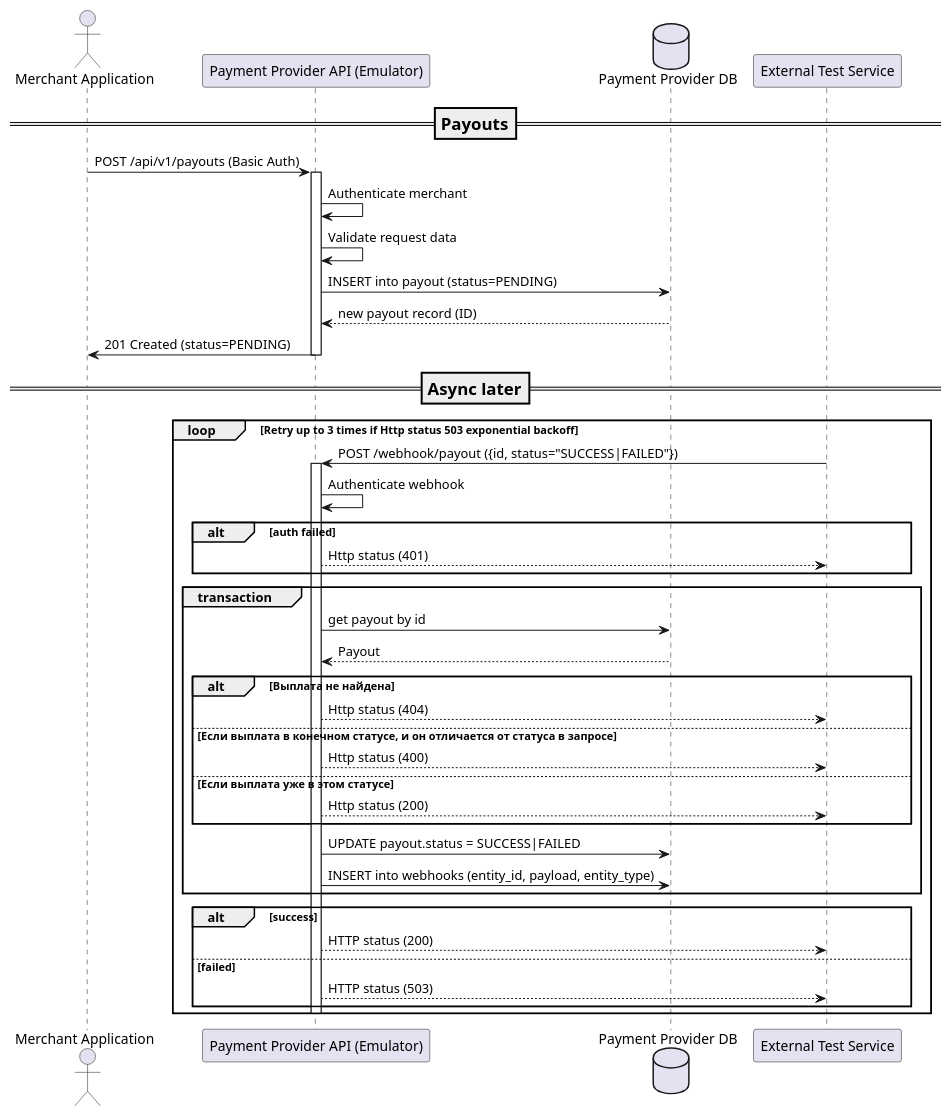
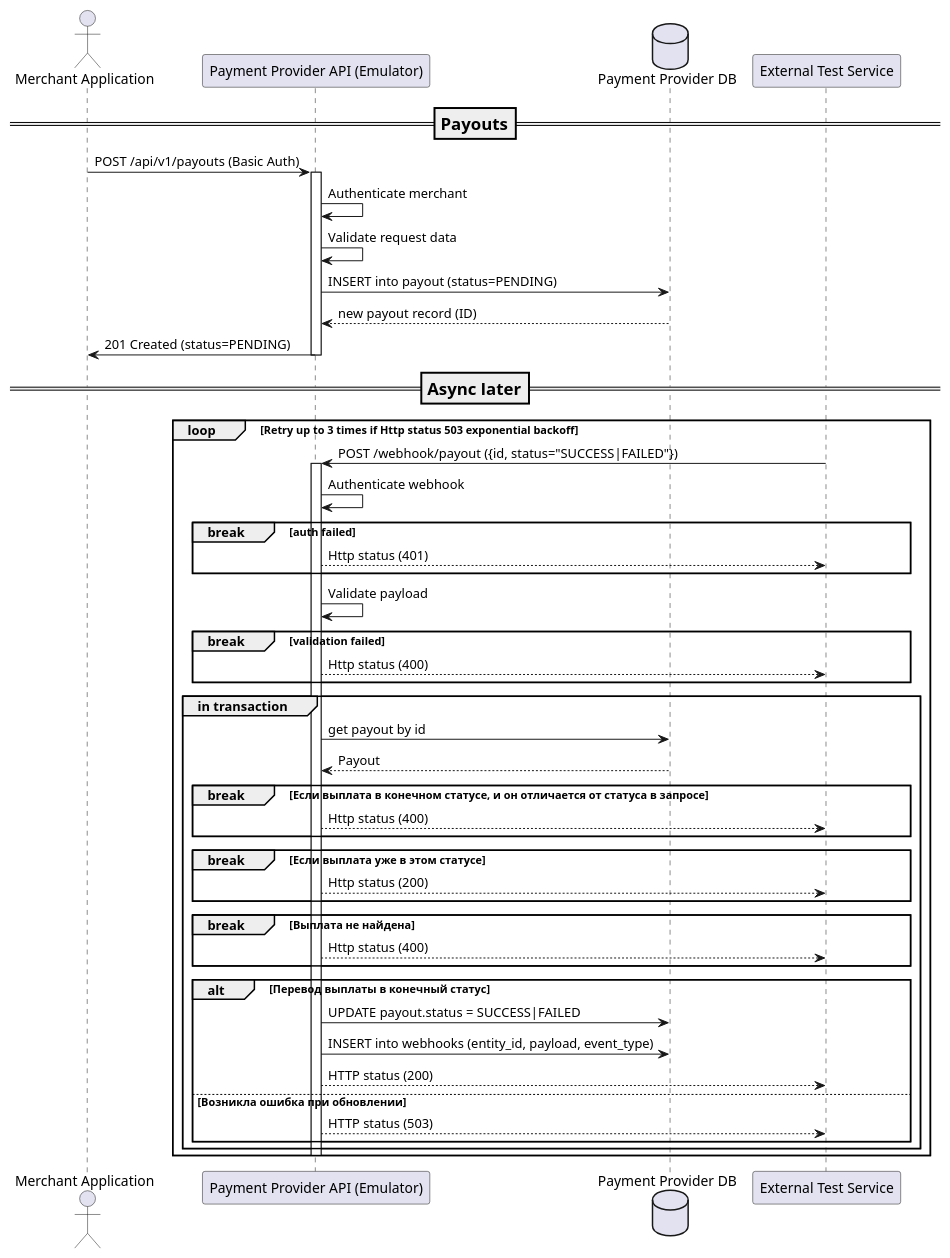
One commit to diamam90/payment-system changed the diagram in diagram/emulator-payouts.puml. Above: the diagram before and after it, drawn with PlantUML. The commit also changed 5 other files, not shown here.

Commit message:
Исправление замечаний по диаграммам

```diff
--- a/diagram/emulator-payouts.puml
+++ b/diagram/emulator-payouts.puml
@@ -1,47 +1,56 @@
 @startuml
 actor MerchantApp as "Merchant Application"
 participant API as "Payment Provider API (Emulator)"
 database DB as "Payment Provider DB"
 participant ExtNet as "External Test Service"
 === Payouts ==
 MerchantApp -> API: POST /api/v1/payouts (Basic Auth)
 activate API
   API -> API: Authenticate merchant
   API -> API: Validate request data
   API -> DB: INSERT into payout (status=PENDING)
   API <-- DB: new payout record (ID)
   API -> MerchantApp: 201 Created (status=PENDING)
 deactivate API
 
 === Async later ==
 
 loop Retry up to 3 times if Http status 503 exponential backoff
 ExtNet -> API: POST /webhook/payout ({id, status="SUCCESS|FAILED"})
 
 activate API
 
 API -> API: Authenticate webhook
-alt auth failed
+break auth failed
     API --> ExtNet: Http status (401)
 end
-group transaction
+    API -> API: Validate payload
+break validation failed
+    API --> ExtNet: Http status (400)
+end
+group in transaction
     API -> DB: get payout by id
     DB --> API: Payout
-    alt Выплата не найдена
-        API --> ExtNet: Http status (404)
-    else Если выплата в конечном статусе, и он отличается от статуса в запросе
+
+    break Если выплата в конечном статусе, и он отличается от статуса в запросе
         API --> ExtNet: Http status (400)
-    else Если выплата уже в этом статусе
+    end
+    break Если выплата уже в этом статусе
         API --> ExtNet: Http status (200)
     end
-    API -> DB: UPDATE payout.status = SUCCESS|FAILED
-    API -> DB: INSERT into webhooks (entity_id, payload, entity_type)
+    break Выплата не найдена
+        API --> ExtNet: Http status (400)
+    end
+
+    alt Перевод выплаты в конечный статус
+        API -> DB: UPDATE payout.status = SUCCESS|FAILED
+        API -> DB: INSERT into webhooks (entity_id, payload, event_type)
+        API --> ExtNet: HTTP status (200)
+    else Возникла ошибка при обновлении
+          API --> ExtNet: HTTP status (503)
+    end
 end
-alt success
-    API --> ExtNet: HTTP status (200)
-else  failed
-    API --> ExtNet: HTTP status (503)
-end
+
 deactivate API
 end
 @enduml
```
